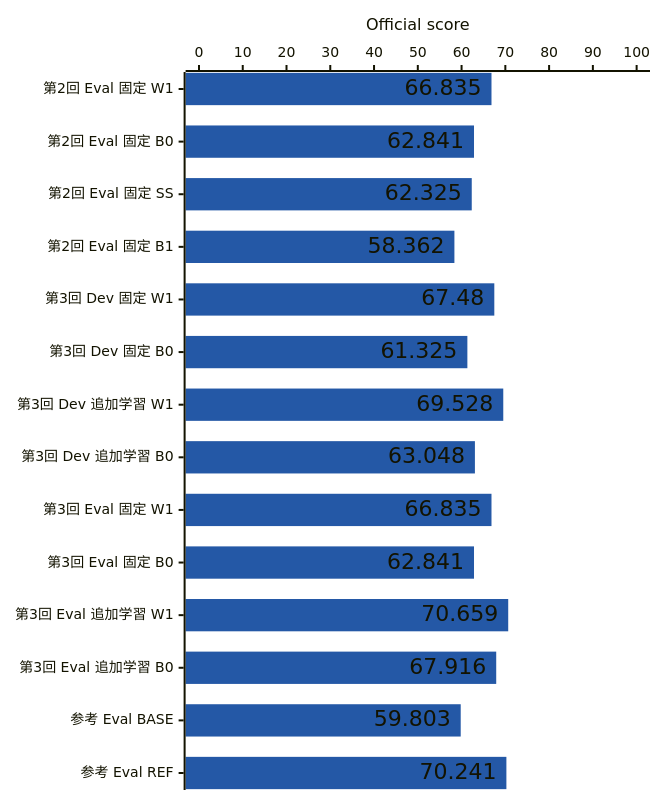
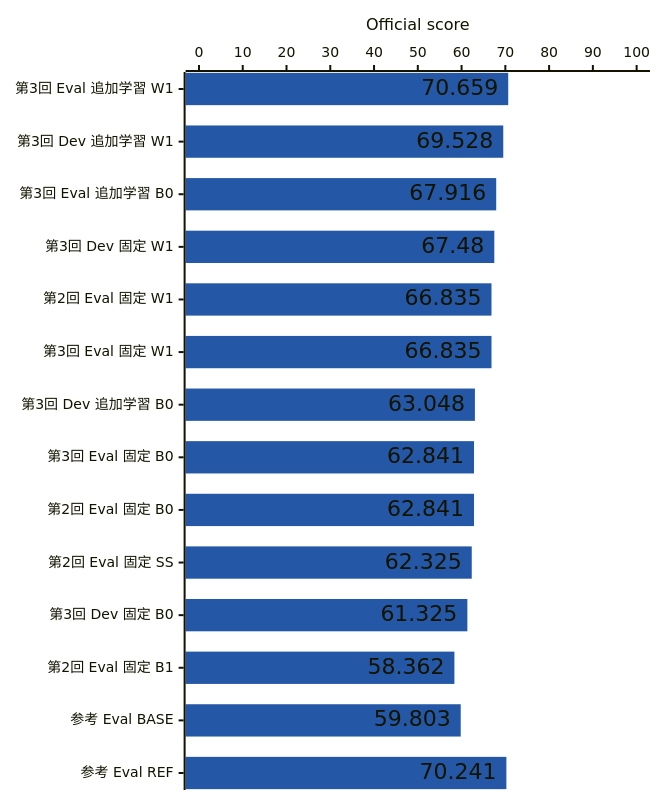
The diagram in README.md (kasahart/asd-experiments), drawn with Mermaid before and after one commit. The commit also changed other lines of this file and 2 other files, not shown here.

Commit message:
Sort the all-rounds chart by score
Claude-Session: https://claude.ai/code/session_01VjJX8WhHd7ipme8ZwrPcYx

````diff
--- a/README.md
+++ b/README.md
@@ -64,17 +64,17 @@
 ```mermaid
 ---
 config:
     xyChart:
         width: 640
         height: 780
         showDataLabel: true
     themeVariables:
         xyChart:
             plotColorPalette: "#2458a6"
     themeCSS: ".bar-plot-0 rect:nth-child(n+13) { fill: #9099a5; }"
 ---
 xychart-beta horizontal
-    x-axis ["第2回 Eval 固定 W1", "第2回 Eval 固定 B0", "第2回 Eval 固定 SS", "第2回 Eval 固定 B1", "第3回 Dev 固定 W1", "第3回 Dev 固定 B0", "第3回 Dev 追加学習 W1", "第3回 Dev 追加学習 B0", "第3回 Eval 固定 W1", "第3回 Eval 固定 B0", "第3回 Eval 追加学習 W1", "第3回 Eval 追加学習 B0", "参考 Eval BASE", "参考 Eval REF"]
+    x-axis ["第3回 Eval 追加学習 W1", "第3回 Dev 追加学習 W1", "第3回 Eval 追加学習 B0", "第3回 Dev 固定 W1", "第2回 Eval 固定 W1", "第3回 Eval 固定 W1", "第3回 Dev 追加学習 B0", "第3回 Eval 固定 B0", "第2回 Eval 固定 B0", "第2回 Eval 固定 SS", "第3回 Dev 固定 B0", "第2回 Eval 固定 B1", "参考 Eval BASE", "参考 Eval REF"]
     y-axis "Official score" 0 --> 100
-    bar [66.835, 62.841, 62.325, 58.362, 67.480, 61.325, 69.528, 63.048, 66.835, 62.841, 70.659, 67.916, 59.803, 70.241]
+    bar [70.659, 69.528, 67.916, 67.480, 66.835, 66.835, 63.048, 62.841, 62.841, 62.325, 61.325, 58.362, 59.803, 70.241]
 ```
````
